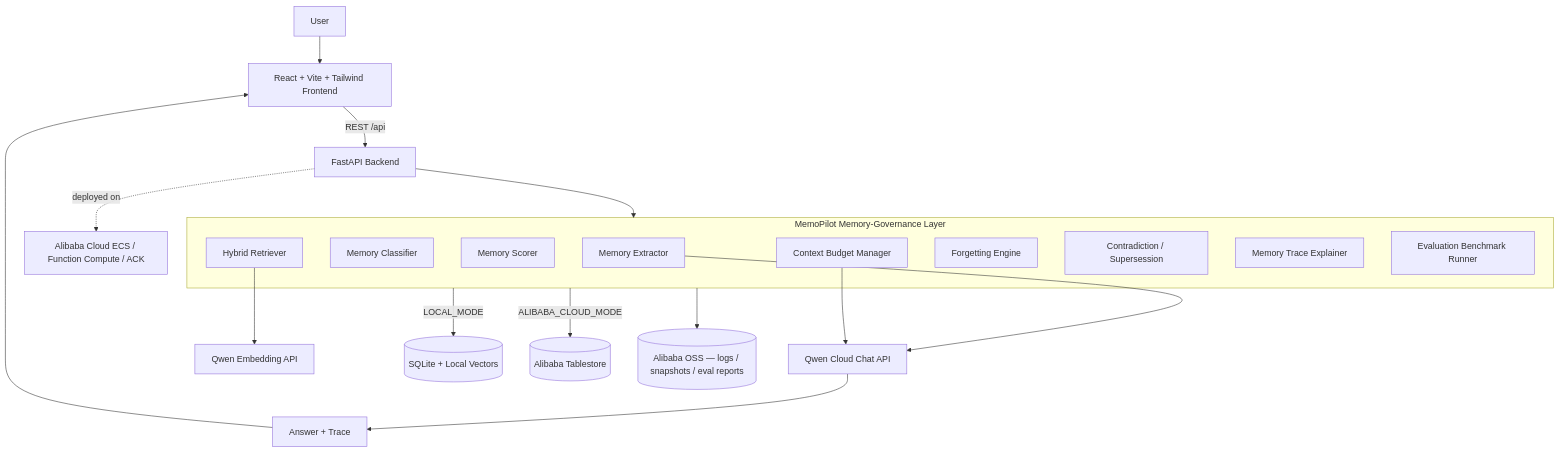
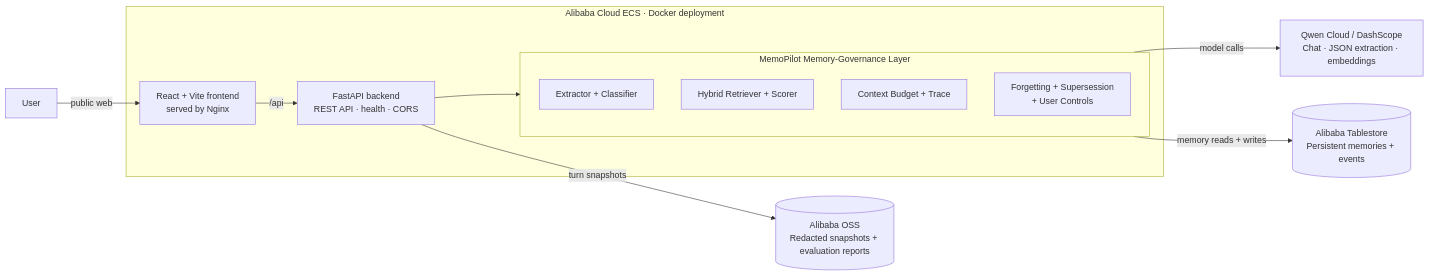
Before and after one commit to MaharMuavia/memopilot-iq: the diagram in docs/architecture.md, drawn with Mermaid. The commit also changed other lines of this file and 17 other files, not shown here.

Commit message:
Polish Alibaba Cloud submission materials

````diff
--- a/docs/architecture.md
+++ b/docs/architecture.md
@@ -8,29 +10,28 @@
 ```mermaid
-flowchart TD
-    U[User] --> FE[React + Vite + Tailwind Frontend]
-    FE -->|REST /api| BE[FastAPI Backend]
+flowchart LR
+    U[User]
 
-    subgraph MOS[MemoPilot Memory-Governance Layer]
-        EX[Memory Extractor]
-        CL[Memory Classifier]
-        SC[Memory Scorer]
-        RET[Hybrid Retriever]
-        CB[Context Budget Manager]
-        FE2[Forgetting Engine]
-        SUP[Contradiction / Supersession]
-        TR[Memory Trace Explainer]
-        EV[Evaluation Benchmark Runner]
+    subgraph ECS[Alibaba Cloud ECS · Docker deployment]
+        FE[React + Vite frontend<br/>served by Nginx]
+        BE[FastAPI backend<br/>REST API · health · CORS]
+
+        subgraph MG[MemoPilot Memory-Governance Layer]
+            EX[Extractor + Classifier]
+            RT[Hybrid Retriever + Scorer]
+            CB[Context Budget + Trace]
+            LF[Forgetting + Supersession<br/>+ User Controls]
+        end
+
+        FE -->|/api| BE
+        BE --> MG
     end
 
-    BE --> MOS
-    EX --> QC[Qwen Cloud Chat API]
-    RET --> QE[Qwen Embedding API]
-    CB --> QC
-    QC --> RESP[Answer + Trace] --> FE
+    QC[Qwen Cloud / DashScope<br/>Chat · JSON extraction · embeddings]
+    TS[(Alibaba Tablestore<br/>Persistent memories + events)]
+    OSS[(Alibaba OSS<br/>Redacted snapshots + evaluation reports)]
 
-    MOS -->|LOCAL_MODE| LS[(SQLite + Local Vectors)]
-    MOS -->|ALIBABA_CLOUD_MODE| TS[(Alibaba Tablestore)]
-    MOS --> OSS[(Alibaba OSS — logs / snapshots / eval reports)]
-
-    BE -.deployed on.-> ECS[Alibaba Cloud ECS / Function Compute / ACK]
+    U -->|public web| FE
+    MG -->|model calls| QC
+    MG -->|memory reads + writes| TS
+    BE -->|turn snapshots| OSS
 ```
````
